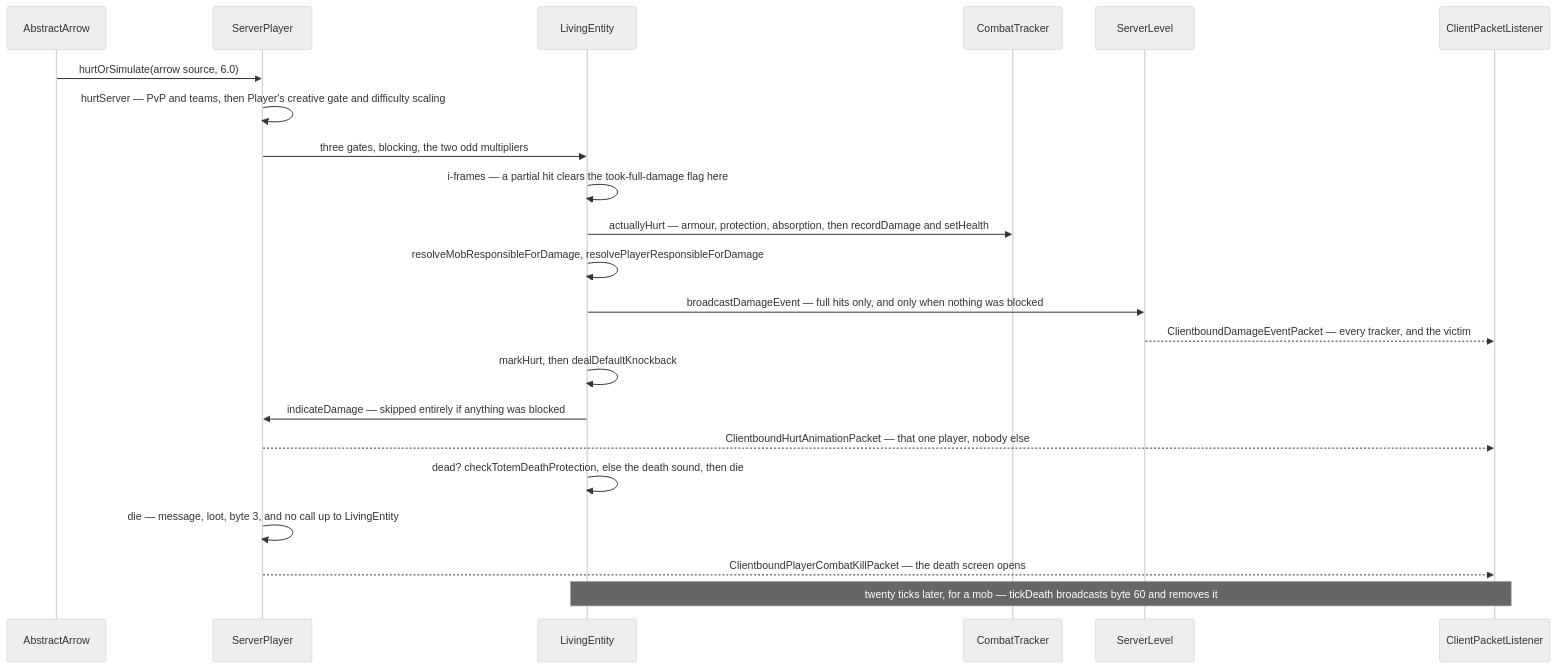
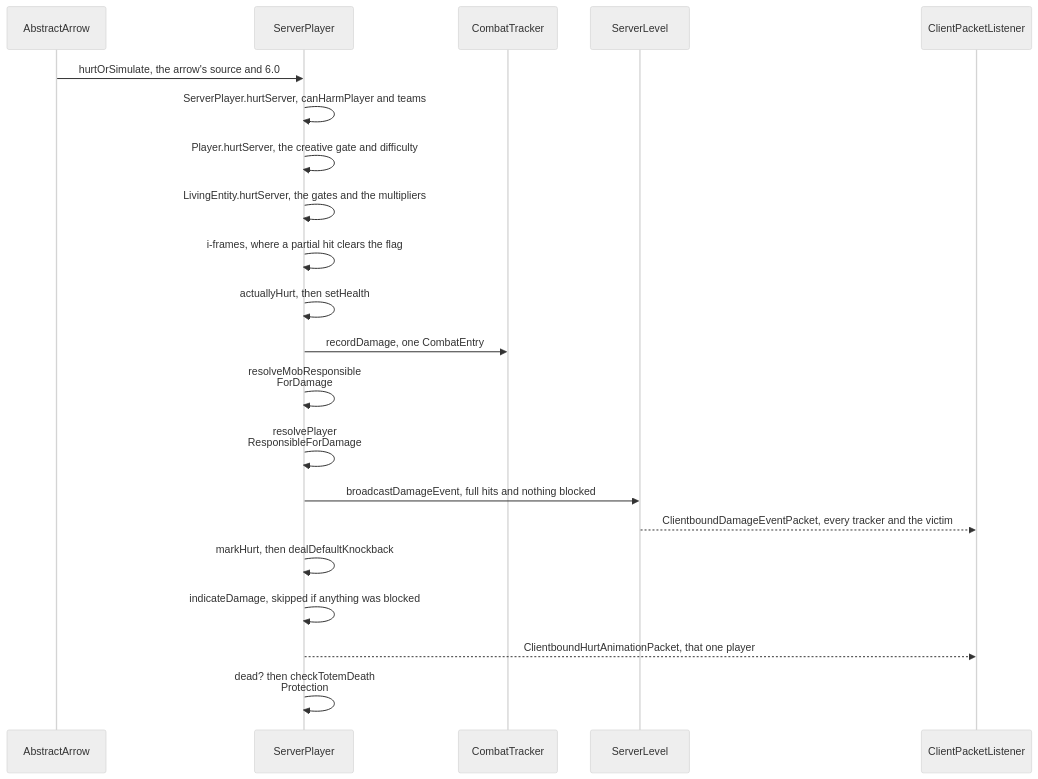
One commit to AlexanderjFraser/MinecraftDocs changed the second of 3 diagrams in src/systems/entities/damage-and-death.md. Above: the diagram before and after it, drawn with Mermaid (neutral theme). The commit also changed other lines of this file and 23 other files, not shown here.

````diff
--- a/src/systems/entities/damage-and-death.md
+++ b/src/systems/entities/damage-and-death.md
@@ -238,25 +266,24 @@
 ```mermaid
 sequenceDiagram
     participant AA as AbstractArrow
     participant SP as ServerPlayer
-    participant LE as LivingEntity
     participant CT as CombatTracker
     participant SL as ServerLevel
     participant CPL as ClientPacketListener
 
-    AA->>SP: hurtOrSimulate(arrow source, 6.0)
-    SP->>SP: hurtServer — PvP and teams, then Player's creative gate and difficulty scaling
-    SP->>LE: three gates, blocking, the two odd multipliers
-    LE->>LE: i-frames — a partial hit clears the took-full-damage flag here
-    LE->>CT: actuallyHurt — armour, protection, absorption, then recordDamage and setHealth
-    LE->>LE: resolveMobResponsibleForDamage, resolvePlayerResponsibleForDamage
-    LE->>SL: broadcastDamageEvent — full hits only, and only when nothing was blocked
-    SL-->>CPL: ClientboundDamageEventPacket — every tracker, and the victim
-    LE->>LE: markHurt, then dealDefaultKnockback
-    LE->>SP: indicateDamage — skipped entirely if anything was blocked
-    SP-->>CPL: ClientboundHurtAnimationPacket — that one player, nobody else
-    LE->>LE: dead? checkTotemDeathProtection, else the death sound, then die
-    SP->>SP: die — message, loot, byte 3, and no call up to LivingEntity
-    SP-->>CPL: ClientboundPlayerCombatKillPacket — the death screen opens
-    Note over LE,CPL: twenty ticks later, for a mob — tickDeath broadcasts byte 60 and removes it
+    AA->>SP: hurtOrSimulate, the arrow's source and 6.0
+    SP->>SP: ServerPlayer.hurtServer, canHarmPlayer and teams
+    SP->>SP: Player.hurtServer, the creative gate and difficulty
+    SP->>SP: LivingEntity.hurtServer, the gates and the multipliers
+    SP->>SP: i-frames, where a partial hit clears the flag
+    SP->>SP: actuallyHurt, then setHealth
+    SP->>CT: recordDamage, one CombatEntry
+    SP->>SP: resolveMobResponsible<br/>ForDamage
+    SP->>SP: resolvePlayer<br/>ResponsibleForDamage
+    SP->>SL: broadcastDamageEvent, full hits and nothing blocked
+    SL-->>CPL: ClientboundDamageEventPacket, every tracker and the victim
+    SP->>SP: markHurt, then dealDefaultKnockback
+    SP->>SP: indicateDamage, skipped if anything was blocked
+    SP-->>CPL: ClientboundHurtAnimationPacket, that one player
+    SP->>SP: dead? then checkTotemDeath<br/>Protection
 ```
````
